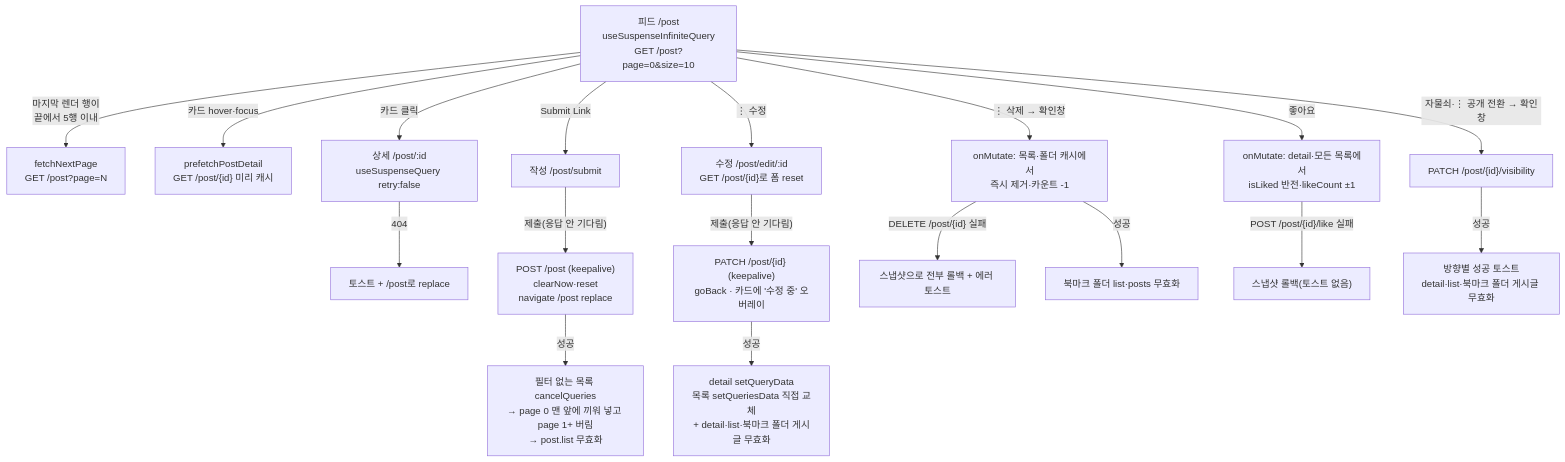
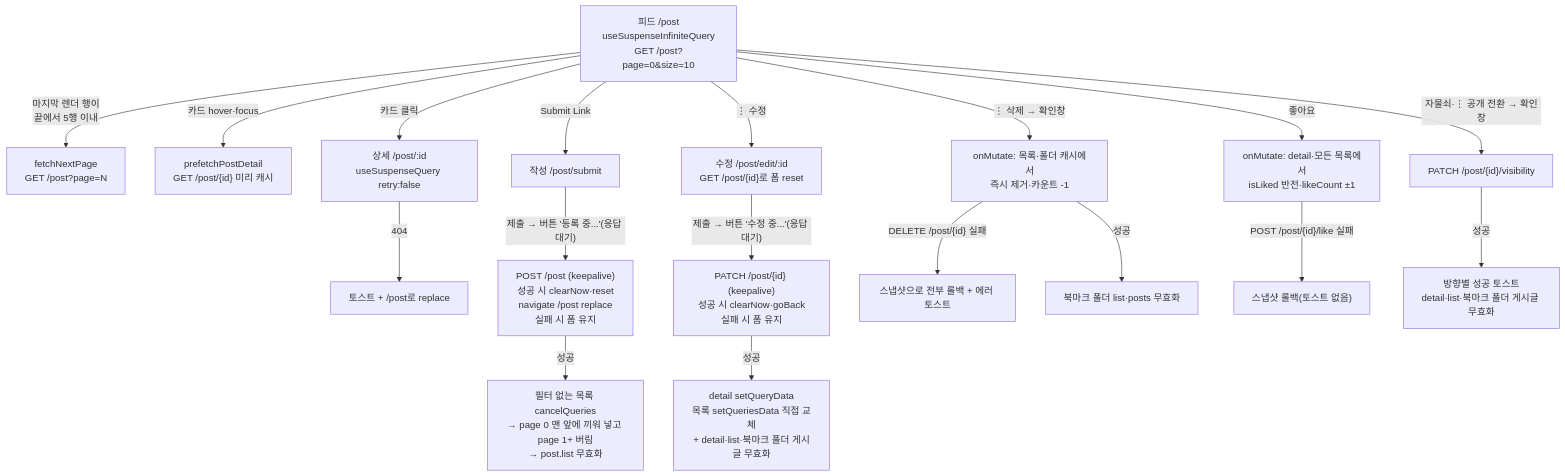
One commit to BAECHAN/link-sphere_FE_NEW changed the diagram in docs/POST.md. Above: the diagram before and after it, drawn with Mermaid. The commit also changed other lines of this file and 13 other files, not shown here.

````diff
--- a/docs/POST.md
+++ b/docs/POST.md
@@ -37,25 +38,25 @@
 ```mermaid
 flowchart TD
   Feed["피드 /post<br/>useSuspenseInfiniteQuery<br/>GET /post?page=0&size=10"] -->|"마지막 렌더 행이<br/>끝에서 5행 이내"| Next["fetchNextPage<br/>GET /post?page=N"]
   Feed -->|"카드 hover·focus"| Prefetch["prefetchPostDetail<br/>GET /post/{id} 미리 캐시"]
   Feed -->|"카드 클릭"| Detail["상세 /post/:id<br/>useSuspenseQuery retry:false"]
   Detail -->|"404"| NotFound["토스트 + /post로 replace"]
 
   Feed -->|"Submit Link"| Create["작성 /post/submit"]
-  Create -->|"제출(응답 안 기다림)"| CreateReq["POST /post (keepalive)<br/>clearNow·reset<br/>navigate /post replace"]
+  Create -->|"제출 → 버튼 '등록 중...'(응답 대기)"| CreateReq["POST /post (keepalive)<br/>성공 시 clearNow·reset<br/>navigate /post replace<br/>실패 시 폼 유지"]
   CreateReq -->|"성공"| CreateOk["필터 없는 목록 cancelQueries<br/>→ page 0 맨 앞에 끼워 넣고 page 1+ 버림<br/>→ post.list 무효화"]
 
   Feed -->|"⋮ 수정"| Edit["수정 /post/edit/:id<br/>GET /post/{id}로 폼 reset"]
-  Edit -->|"제출(응답 안 기다림)"| EditReq["PATCH /post/{id} (keepalive)<br/>goBack · 카드에 '수정 중' 오버레이"]
+  Edit -->|"제출 → 버튼 '수정 중...'(응답 대기)"| EditReq["PATCH /post/{id} (keepalive)<br/>성공 시 clearNow·goBack<br/>실패 시 폼 유지"]
   EditReq -->|"성공"| EditOk["detail setQueryData<br/>목록 setQueriesData 직접 교체<br/>+ detail·list·북마크 폴더 게시글 무효화"]
 
   Feed -->|"⋮ 삭제 → 확인창"| Del["onMutate: 목록·폴더 캐시에서<br/>즉시 제거·카운트 -1"]
   Del -->|"DELETE /post/{id} 실패"| DelRollback["스냅샷으로 전부 롤백 + 에러 토스트"]
   Del -->|"성공"| DelOk["북마크 폴더 list·posts 무효화"]
 
   Feed -->|"좋아요"| Like["onMutate: detail·모든 목록에서<br/>isLiked 반전·likeCount ±1"]
   Like -->|"POST /post/{id}/like 실패"| LikeRollback["스냅샷 롤백(토스트 없음)"]
 
   Feed -->|"자물쇠·⋮ 공개 전환 → 확인창"| Vis["PATCH /post/{id}/visibility"]
   Vis -->|"성공"| VisOk["방향별 성공 토스트<br/>detail·list·북마크 폴더 게시글 무효화"]
 ```
````
